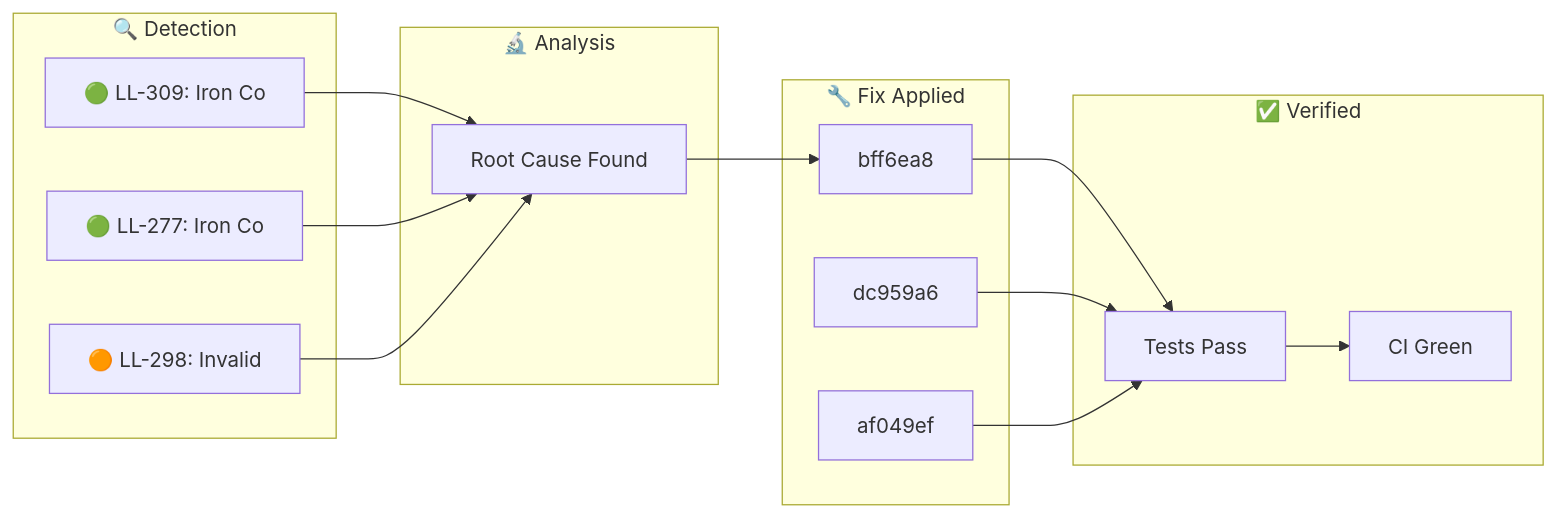
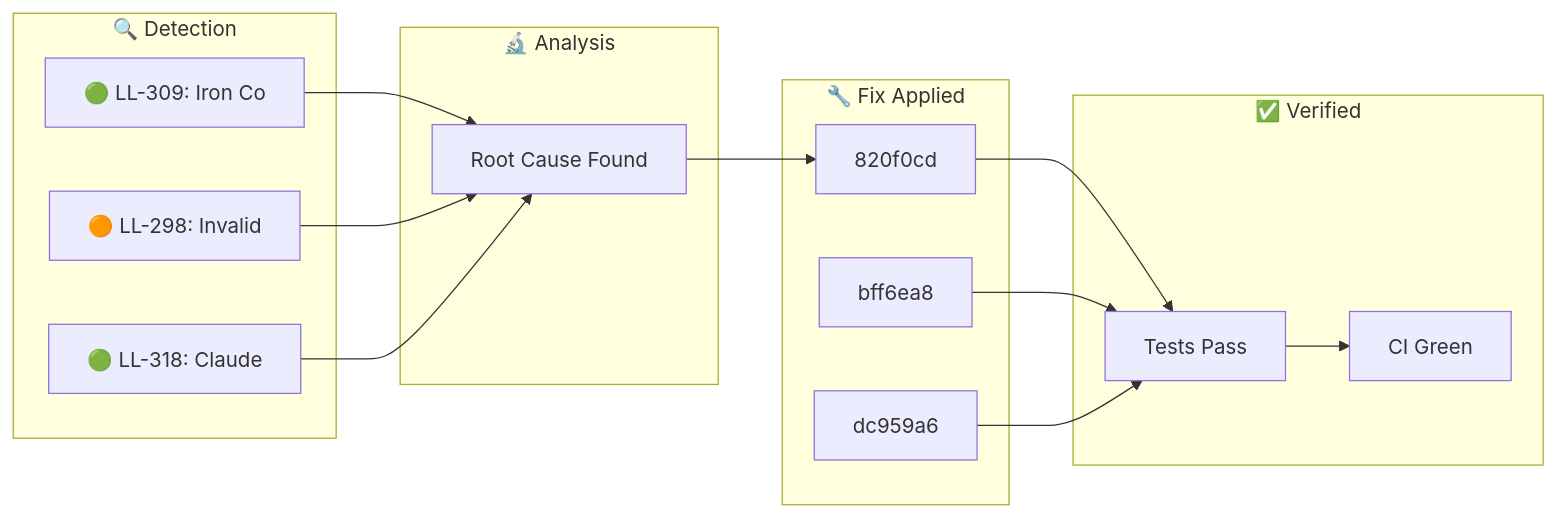
The diagram in docs/_posts/2026-01-30-ralph-discovery.md (YoByron/trading), drawn with Mermaid before and after one commit. The commit also changed other lines of this file, not shown here.

````diff
--- a/docs/_posts/2026-01-30-ralph-discovery.md
+++ b/docs/_posts/2026-01-30-ralph-discovery.md
@@ -17,28 +17,28 @@
 ```mermaid
 flowchart LR
     subgraph Detection["🔍 Detection"]
         D1["🟢 LL-309: Iron Co"]
-        D2["🟢 LL-277: Iron Co"]
-        D3["🟠 LL-298: Invalid"]
+        D2["🟠 LL-298: Invalid"]
+        D3["🟢 LL-318: Claude "]
     end
     subgraph Analysis["🔬 Analysis"]
         A1["Root Cause Found"]
     end
     subgraph Fix["🔧 Fix Applied"]
-        F1["bff6ea8"]
-        F2["dc959a6"]
-        F3["af049ef"]
+        F1["820f0cd"]
+        F2["bff6ea8"]
+        F3["dc959a6"]
     end
     subgraph Verify["✅ Verified"]
         V1["Tests Pass"]
         V2["CI Green"]
     end
     D1 --> A1
     D2 --> A1
     D3 --> A1
     A1 --> F1
     F1 --> V1
     F2 --> V1
     F3 --> V1
     V1 --> V2
 ```
````
